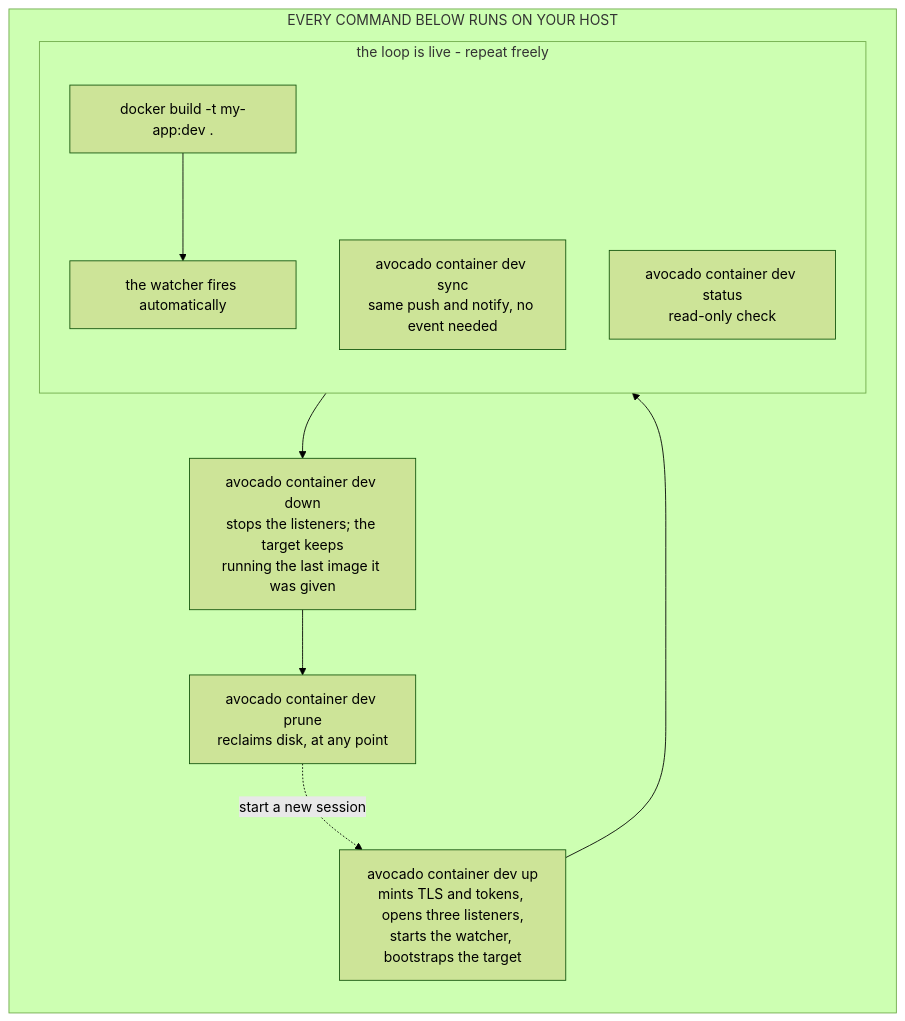
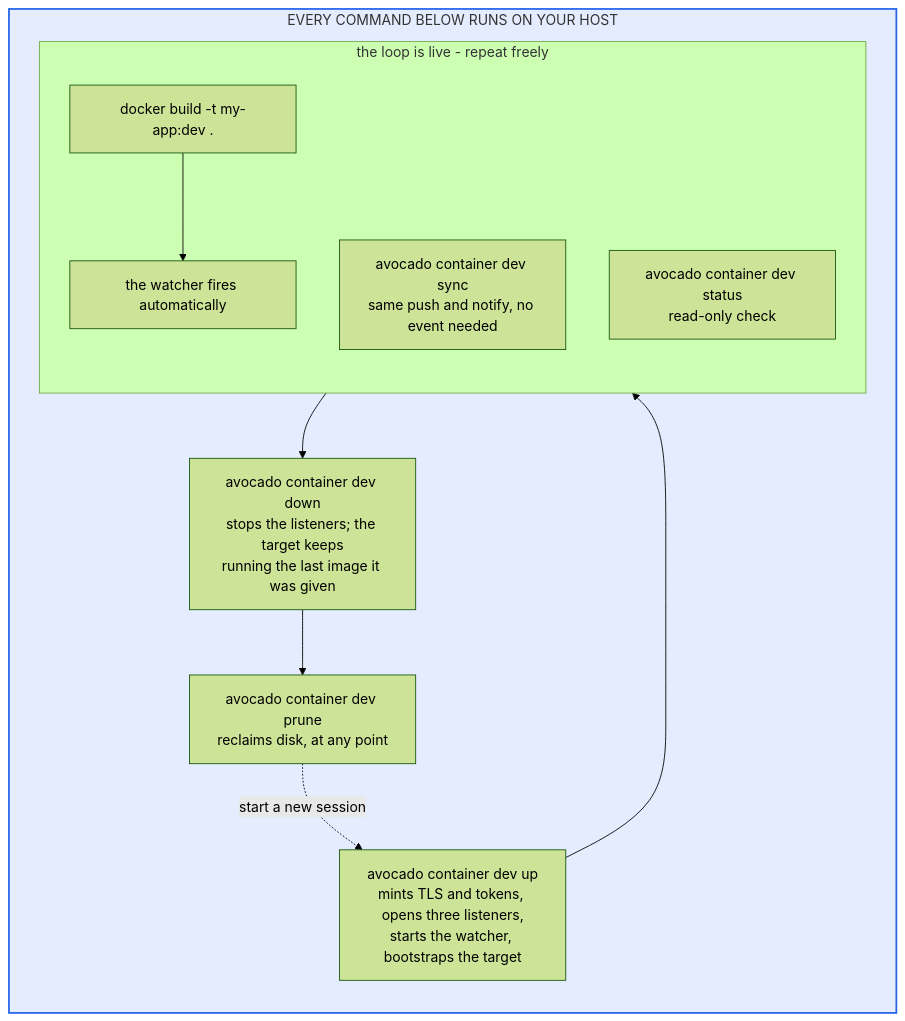
Before and after one commit to peridio/docs: the second of 5 diagrams in src/docs-guides/container-dev-mode.md, drawn with Mermaid (forest theme). The commit also changed other lines of this file and 1 other file, not shown here.

````diff
--- a/src/docs-guides/container-dev-mode.md
+++ b/src/docs-guides/container-dev-mode.md
@@ -160,24 +187,28 @@
 ```mermaid
 flowchart TD
     subgraph runs["EVERY COMMAND BELOW RUNS ON YOUR HOST"]
         direction TB
         up["avocado container dev up<br/>mints TLS and tokens, opens three listeners,<br/>starts the watcher, bootstraps the target"]
 
         subgraph live["the loop is live - repeat freely"]
             direction TB
             b["docker build -t my-app:dev ."]
             w["the watcher fires automatically"]
             s["avocado container dev sync<br/>same push and notify, no event needed"]
             st["avocado container dev status<br/>read-only check"]
             b --> w
         end
 
         down["avocado container dev down<br/>stops the listeners; the target keeps<br/>running the last image it was given"]
         prune["avocado container dev prune<br/>reclaims disk, at any point"]
 
         up --> live
         live --> down
         down --> prune
         prune -.->|"start a new session"| up
     end
+
+    %% Blue for your host, matching the rest of the page. Nothing here is amber
+    %% because nothing here runs on the target.
+    style runs fill:#2563eb1f,stroke:#2563eb,stroke-width:2px
 ```
````
